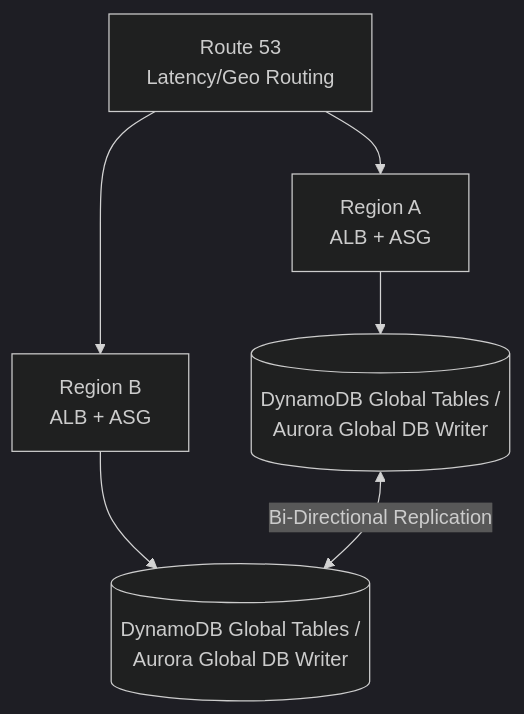
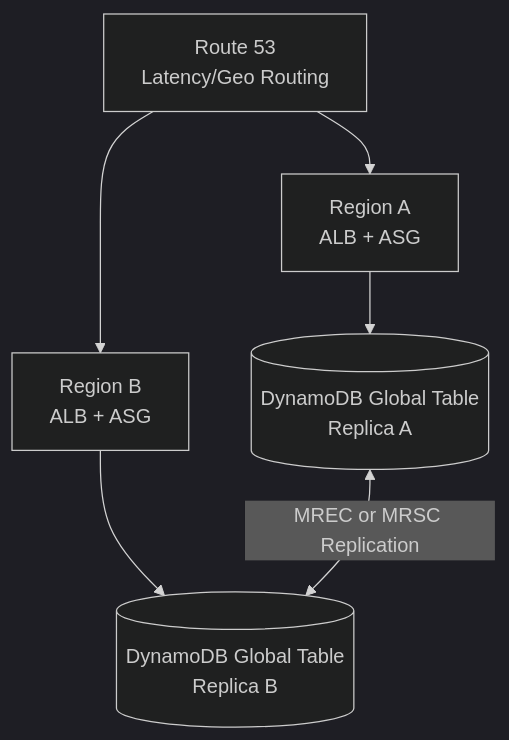
Before and after one commit to AlexanderBesss/AWS_best_praactices: the fifth of 5 diagrams in Design/06-high-availability-dr-patterns.md, drawn with Mermaid (dark theme). The commit also changed other lines of this file and 31 other files, not shown here.

````diff
--- a/Design/06-high-availability-dr-patterns.md
+++ b/Design/06-high-availability-dr-patterns.md
@@ -177,8 +179,8 @@
 ```mermaid
 graph TB
     R53[Route 53<br/>Latency/Geo Routing] --> A1[Region A<br/>ALB + ASG]
     R53 --> A2[Region B<br/>ALB + ASG]
-    A1 --> D1[(DynamoDB Global Tables /<br/>Aurora Global DB Writer)]
-    A2 --> D2[(DynamoDB Global Tables /<br/>Aurora Global DB Writer)]
-    D1 <-->|Bi-Directional Replication| D2
+    A1 --> D1[(DynamoDB Global Table<br/>Replica A)]
+    A2 --> D2[(DynamoDB Global Table<br/>Replica B)]
+    D1 <-->|MREC or MRSC Replication| D2
 ```
````
